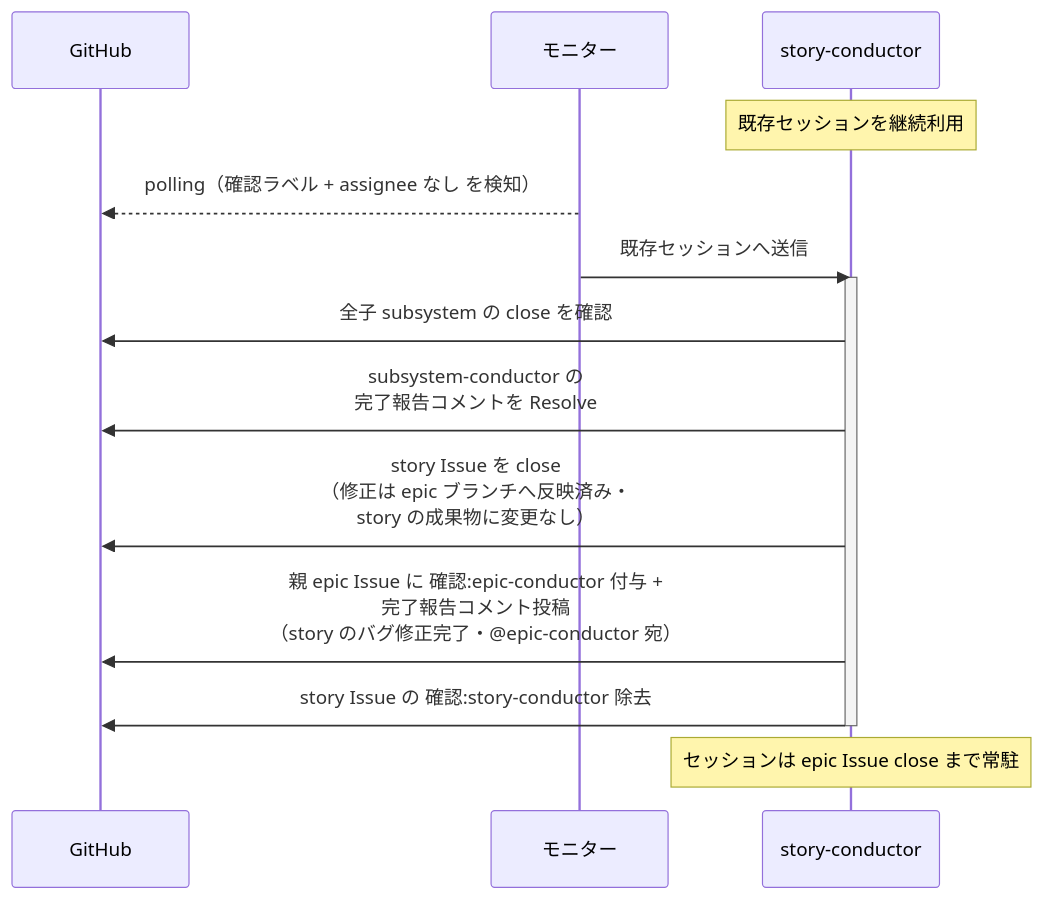
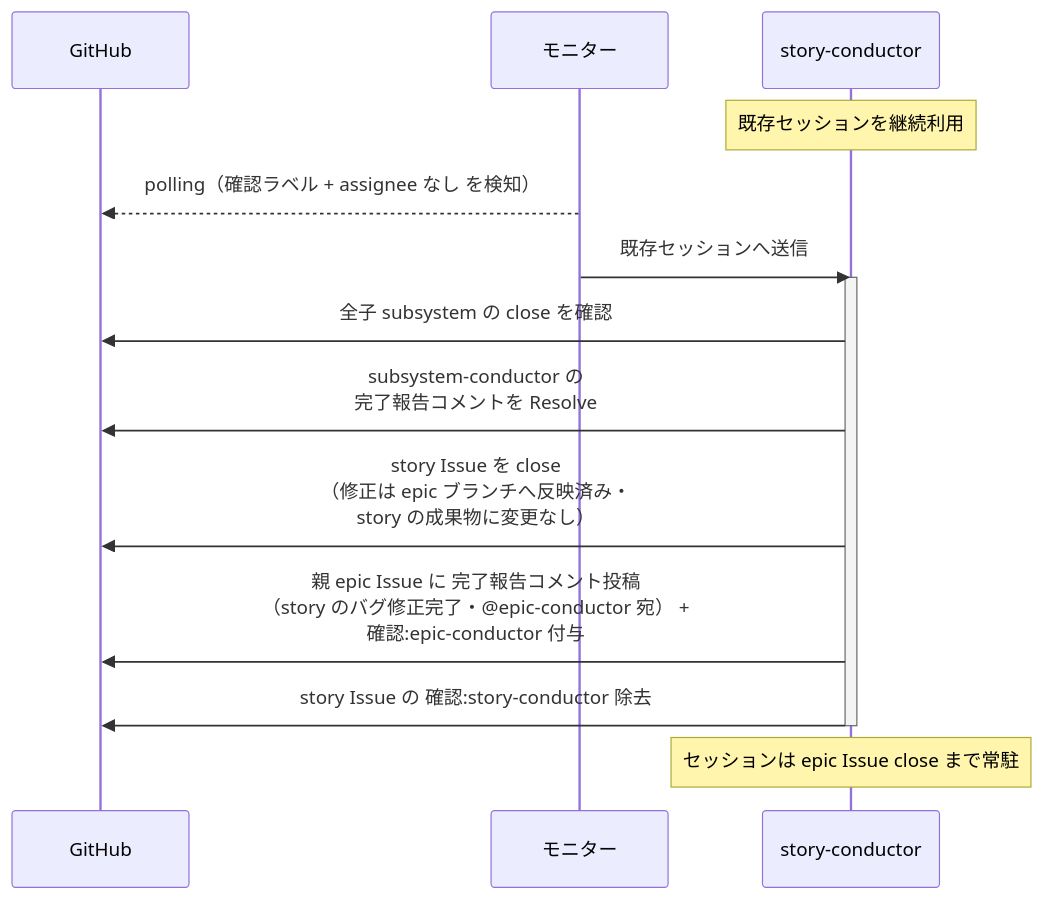
Before and after one commit to shuhei1101/ai-monitor: the second of 2 diagrams in docs/wiki/設計図/シナリオ/単一ユースケース/バグ差し戻しの中継.md, drawn with Mermaid. The commit also changed 29 other files, not shown here.

````diff
--- a/docs/wiki/設計図/シナリオ/単一ユースケース/バグ差し戻しの中継.md
+++ b/docs/wiki/設計図/シナリオ/単一ユースケース/バグ差し戻しの中継.md
@@ -66,18 +66,18 @@
 ```mermaid
 sequenceDiagram
   participant GH as GitHub
   participant ORC as モニター
   participant MON as story-conductor
 
   Note over MON: 既存セッションを継続利用
   ORC-->>GH: polling（確認ラベル + assignee なし を検知）
   ORC->>MON: 既存セッションへ送信
   activate MON
   MON->>GH: 全子 subsystem の close を確認
   MON->>GH: subsystem-conductor の<br>完了報告コメントを Resolve
   MON->>GH: story Issue を close<br>（修正は epic ブランチへ反映済み・<br>story の成果物に変更なし）
-  MON->>GH: 親 epic Issue に 確認:epic-conductor 付与 +<br>完了報告コメント投稿<br>（story のバグ修正完了・@epic-conductor 宛）
+  MON->>GH: 親 epic Issue に 完了報告コメント投稿<br>（story のバグ修正完了・@epic-conductor 宛） +<br>確認:epic-conductor 付与
   MON->>GH: story Issue の 確認:story-conductor 除去
   deactivate MON
   Note over MON: セッションは epic Issue close まで常駐
 ```
````
